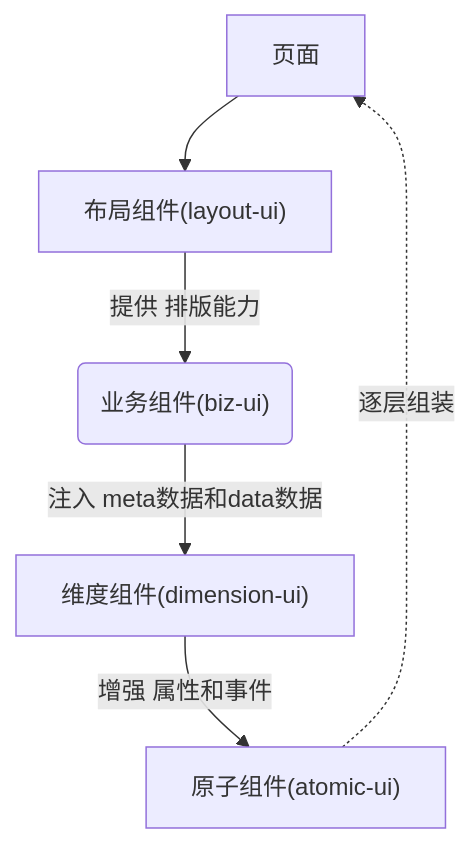
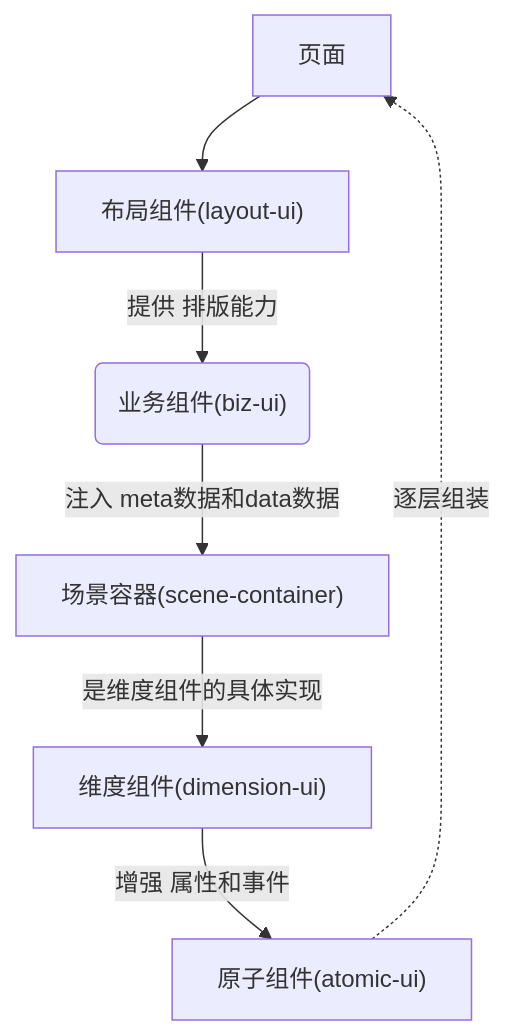
The diagram in gd-accbuild-doc/zh/guide/intro.md (ailuhaosi/easy-gen-doc), drawn with Mermaid before and after one commit. The commit also changed other lines of this file and 13 other files, not shown here.

````diff
--- a/gd-accbuild-doc/zh/guide/intro.md
+++ b/gd-accbuild-doc/zh/guide/intro.md
@@ -68,8 +71,9 @@
 ```mermaid
 graph TD
 X["页面"] --> A["布局组件(layout-ui)"]
 A -->|提供 排版能力| B("业务组件(biz-ui)")
-B -->|注入 meta数据和data数据| C["维度组件(dimension-ui)"]
-C -->|增强 属性和事件| D["原子组件(atomic-ui)"]
-D -...->|逐层组装| X
+B -->|注入 meta数据和data数据| C["场景容器(scene-container)"]
+C -->|是维度组件的具体实现| D["维度组件(dimension-ui)"]
+D -->|增强 属性和事件| E["原子组件(atomic-ui)"]
+E -...->|逐层组装| X
 ```
````
